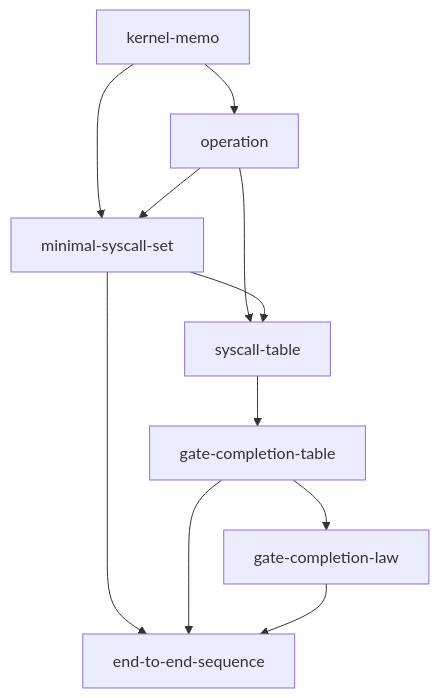
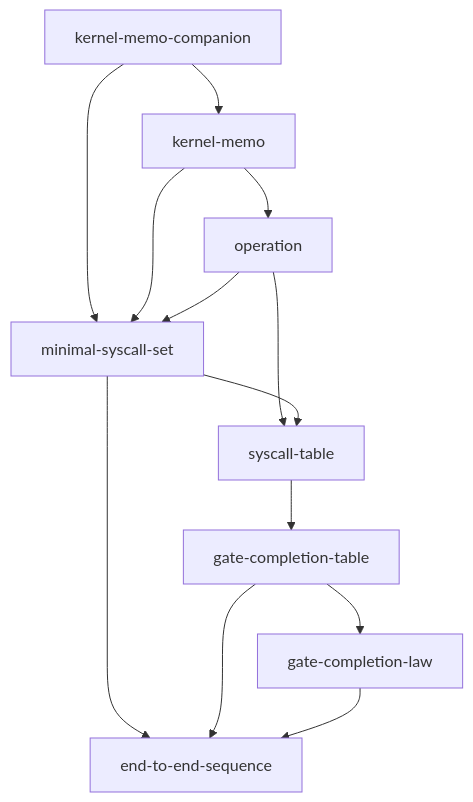
Before and after one commit to kazuhirc/between-spec: the diagram in ja/v0.2/modules/kernel-interface/README.md, drawn with Mermaid. The commit also changed other lines of this file and 11 other files, not shown here.

````diff
--- a/ja/v0.2/modules/kernel-interface/README.md
+++ b/ja/v0.2/modules/kernel-interface/README.md
@@ -99,21 +109,24 @@
 ```mermaid
 flowchart TB
+  D0[kernel-memo-companion]
   D1[kernel-memo]
   D2[operation]
   D3[minimal-syscall-set]
   D4[syscall-table]
   D5[gate-completion-table]
   D6[gate-completion-law]
   D7[end-to-end-sequence]
 
+  D0 --> D1
+  D0 --> D3
   D1 --> D2
   D1 --> D3
   D2 --> D3
   D2 --> D4
   D3 --> D4
   D4 --> D5
   D5 --> D6
   D3 --> D7
   D5 --> D7
   D6 --> D7
 ```
````
